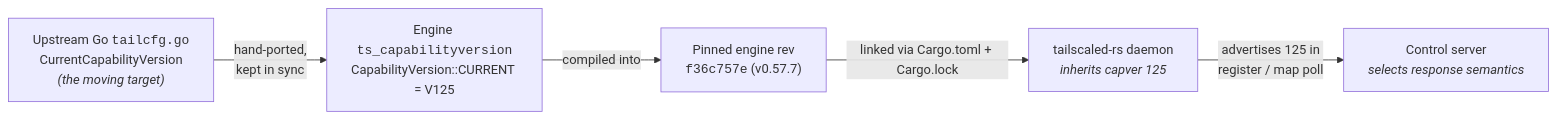
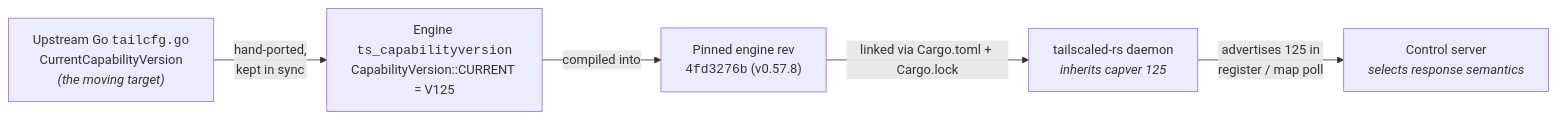
The diagram in docs/ENGINE.md (GeiserX/tailscaled-rs), drawn with Mermaid before and after one commit. The commit also changed other lines of this file and 5 other files, not shown here.

````diff
--- a/docs/ENGINE.md
+++ b/docs/ENGINE.md
@@ -207,8 +207,8 @@
 ```mermaid
 flowchart LR
     GO["Upstream Go <code>tailcfg.go</code><br/>CurrentCapabilityVersion<br/><i>(the moving target)</i>"]
       -->|"hand-ported,<br/>kept in sync"| ENG_SRC["Engine <code>ts_capabilityversion</code><br/>CapabilityVersion::CURRENT = V125"]
-    ENG_SRC -->|"compiled into"| REV["Pinned engine rev<br/><code>f36c757e</code> (v0.57.7)"]
+    ENG_SRC -->|"compiled into"| REV["Pinned engine rev<br/><code>4fd3276b</code> (v0.57.8)"]
     REV -->|"linked via Cargo.toml + Cargo.lock"| DAEMON["tailscaled-rs daemon<br/><i>inherits capver 125</i>"]
     DAEMON -->|"advertises 125 in<br/>register / map poll"| CTRL["Control server<br/><i>selects response semantics</i>"]
 ```
````
